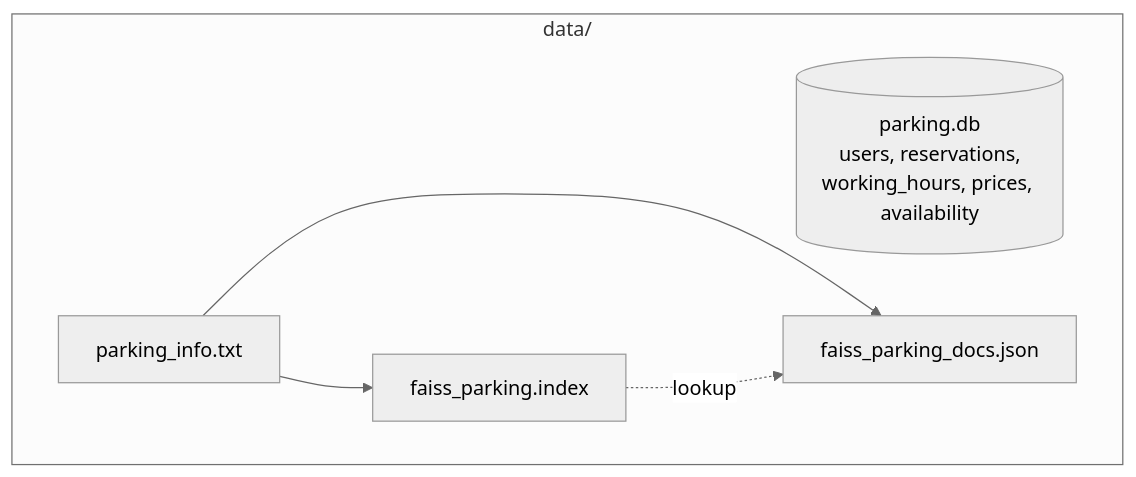
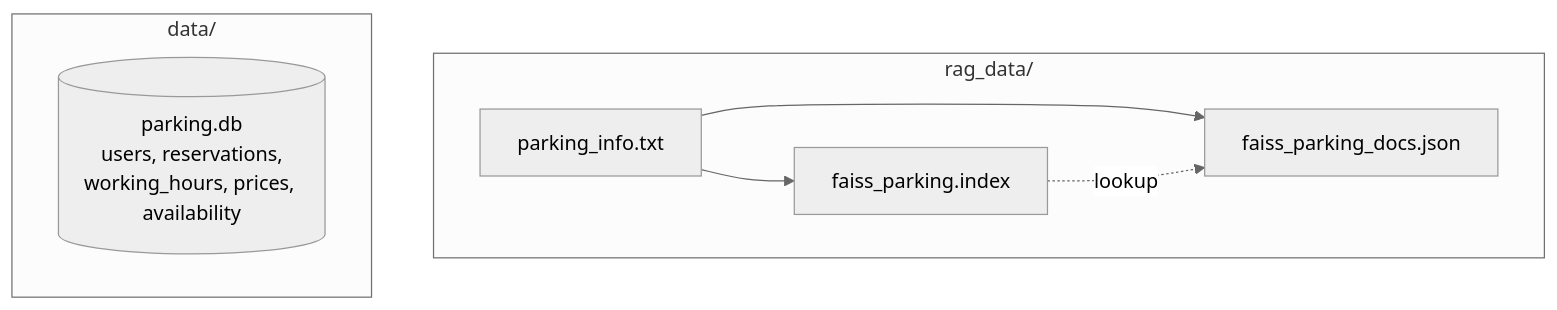
Before and after one commit to oliaboo/parking_reservation_chatbot: the first of 9 diagrams in docs/SYSTEM_SUMMARY.md, drawn with Mermaid (neutral theme). The commit also changed other lines of this file and 10 other files, not shown here.

````diff
--- a/docs/SYSTEM_SUMMARY.md
+++ b/docs/SYSTEM_SUMMARY.md
@@ -30,12 +30,14 @@
 ```mermaid
 flowchart TB
-  subgraph data["data/"]
-    DB[(parking.db\nusers, reservations,\nworking_hours, prices, availability)]
+  subgraph rag["rag_data/"]
     TXT[parking_info.txt]
     IDX[faiss_parking.index]
     DOC[faiss_parking_docs.json]
+  end
+  subgraph data["data/"]
+    DB[(parking.db\nusers, reservations,\nworking_hours, prices, availability)]
   end
   TXT --> IDX
   TXT --> DOC
   IDX -.->|lookup| DOC
 ```
````
